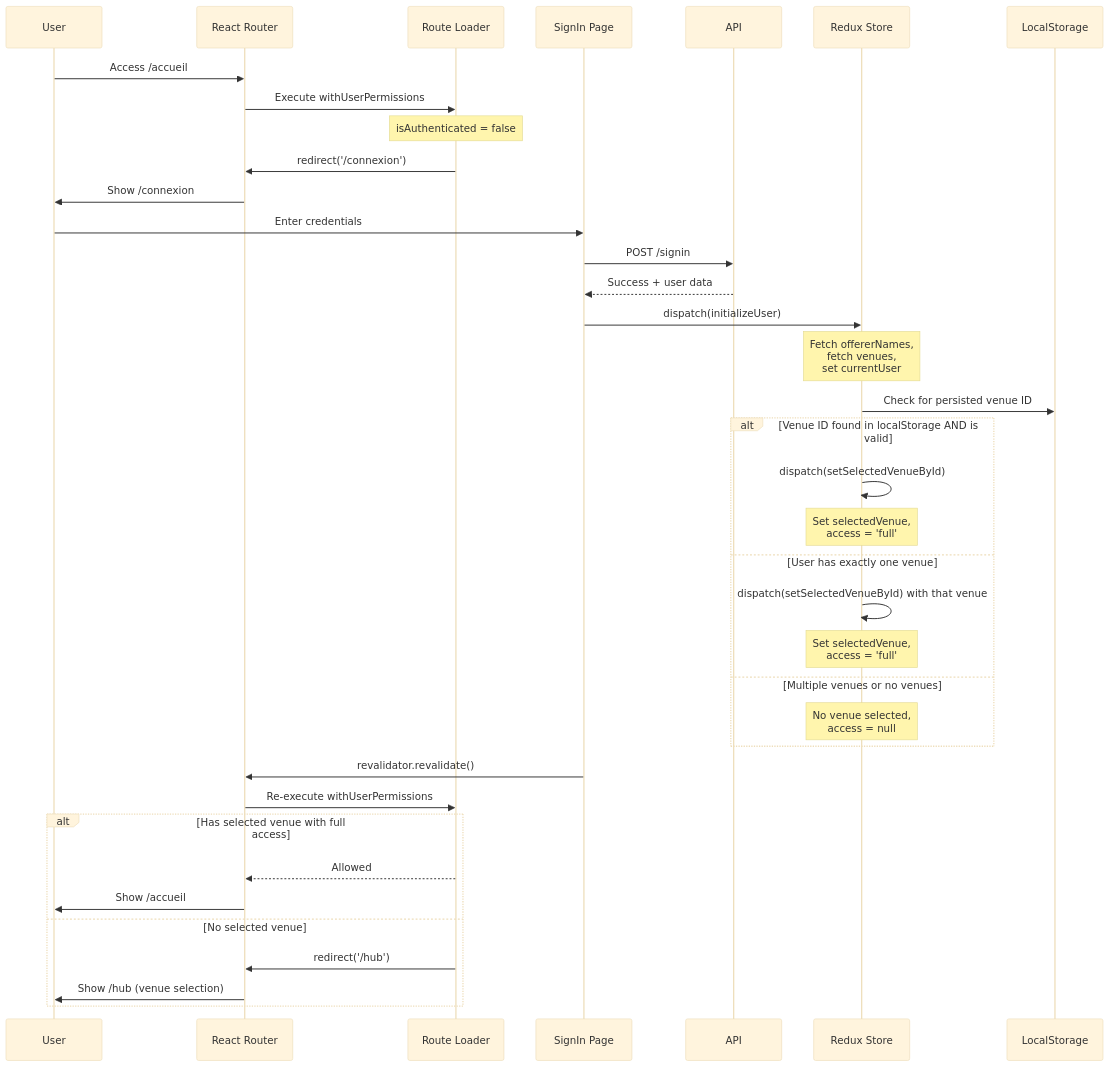
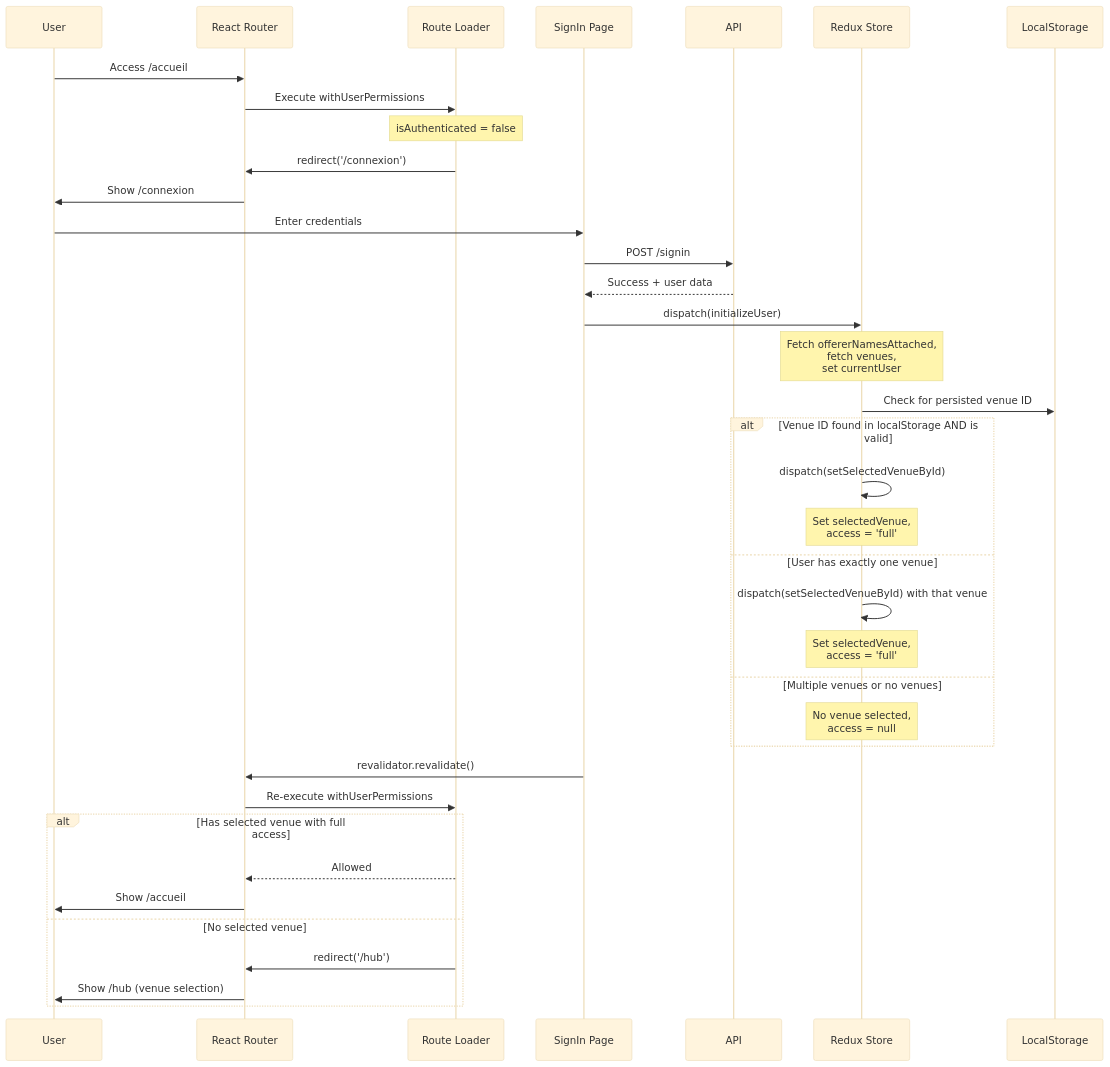
The fifth of 5 diagrams in pro/src/commons/auth/README.md (pass-culture/pass-culture-main), drawn with Mermaid (base theme) before and after one commit. The commit also changed 41 other files, not shown here.

````diff
--- a/pro/src/commons/auth/README.md
+++ b/pro/src/commons/auth/README.md
@@ -145,46 +145,46 @@
 ```mermaid
 sequenceDiagram
     participant User
     participant Router as React Router
     participant Loader as Route Loader
     participant Login as SignIn Page
     participant API
     participant Store as Redux Store
     participant LocalStorage
 
     User->>Router: Access /accueil
     Router->>Loader: Execute withUserPermissions
     Note over Loader: isAuthenticated = false
     Loader->>Router: redirect('/connexion')
     Router->>User: Show /connexion
 
     User->>Login: Enter credentials
     Login->>API: POST /signin
     API-->>Login: Success + user data
 
     Login->>Store: dispatch(initializeUser)
-    Note over Store: Fetch offererNames,<br/>fetch venues,<br/>set currentUser
+    Note over Store: Fetch offererNamesAttached,<br/>fetch venues,<br/>set currentUser
 
     Store->>LocalStorage: Check for persisted venue ID
 
     alt Venue ID found in localStorage AND is valid
         Store->>Store: dispatch(setSelectedVenueById)
         Note over Store: Set selectedVenue,<br/>access = 'full'
     else User has exactly one venue
         Store->>Store: dispatch(setSelectedVenueById) with that venue
         Note over Store: Set selectedVenue,<br/>access = 'full'
     else Multiple venues or no venues
         Note over Store: No venue selected,<br/>access = null
     end
 
     Login->>Router: revalidator.revalidate()
     Router->>Loader: Re-execute withUserPermissions
 
     alt Has selected venue with full access
         Loader-->>Router: Allowed
         Router->>User: Show /accueil
     else No selected venue
         Loader->>Router: redirect('/hub')
         Router->>User: Show /hub (venue selection)
     end
 ```
````
